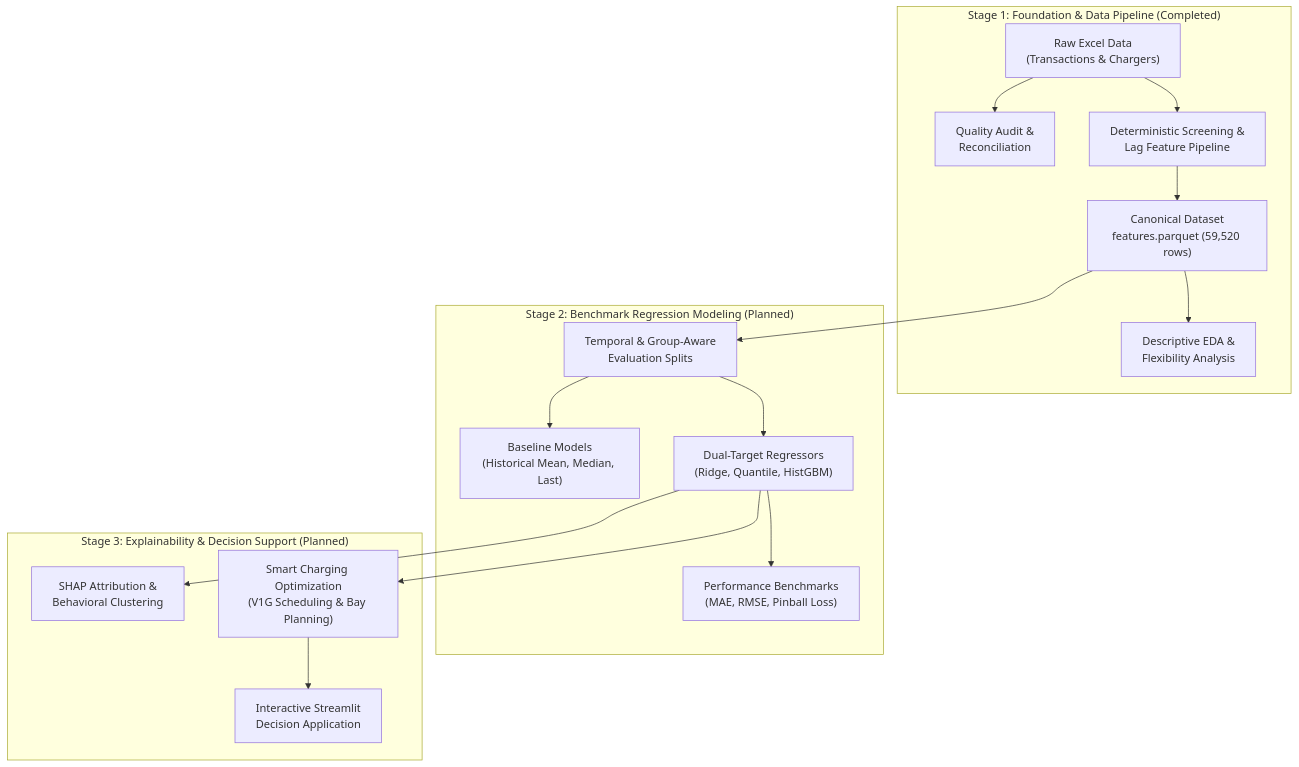
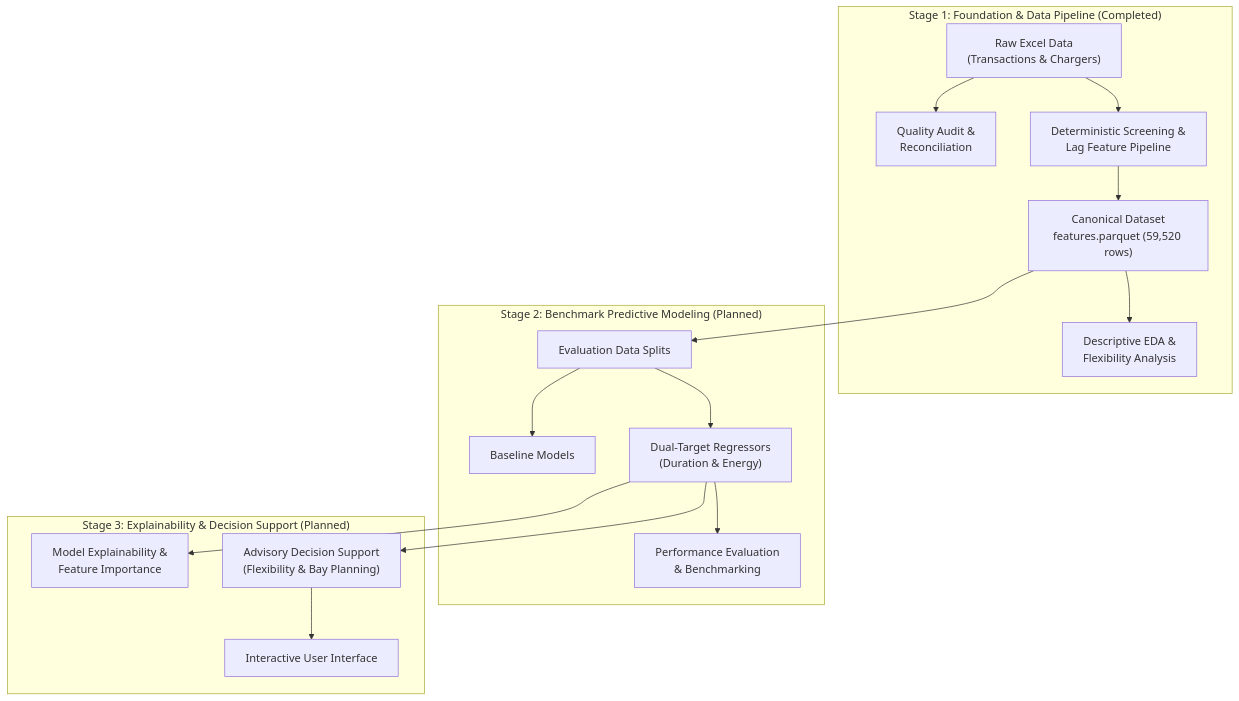
Before and after one commit to nayanojwal0810/Tarang: the diagram in docs/architecture/project_structure.md, drawn with Mermaid. The commit also changed other lines of this file and 35 other files, not shown here.

Commit message:
fix(core): align feature engineering screening and eda with established benchmark

````diff
--- a/docs/architecture/project_structure.md
+++ b/docs/architecture/project_structure.md
@@ -162,22 +163,22 @@
 ```mermaid
 flowchart TD
     subgraph Stage1["Stage 1: Foundation & Data Pipeline (Completed)"]
         RawData["Raw Excel Data\n(Transactions & Chargers)"] --> Audit["Quality Audit &\nReconciliation"]
         RawData --> Screening["Deterministic Screening &\nLag Feature Pipeline"]
         Screening --> CanonicalParquet["Canonical Dataset\nfeatures.parquet (59,520 rows)"]
         CanonicalParquet --> EDA["Descriptive EDA &\nFlexibility Analysis"]
     end
 
-    subgraph Stage2["Stage 2: Benchmark Regression Modeling (Planned)"]
-        CanonicalParquet --> Split["Temporal & Group-Aware\nEvaluation Splits"]
-        Split --> Baselines["Baseline Models\n(Historical Mean, Median, Last)"]
-        Split --> Regressors["Dual-Target Regressors\n(Ridge, Quantile, HistGBM)"]
-        Regressors --> Eval["Performance Benchmarks\n(MAE, RMSE, Pinball Loss)"]
+    subgraph Stage2["Stage 2: Benchmark Predictive Modeling (Planned)"]
+        CanonicalParquet --> Split["Evaluation Data Splits"]
+        Split --> Baselines["Baseline Models"]
+        Split --> Regressors["Dual-Target Regressors\n(Duration & Energy)"]
+        Regressors --> Eval["Performance Evaluation\n& Benchmarking"]
     end
 
     subgraph Stage3["Stage 3: Explainability & Decision Support (Planned)"]
-        Regressors --> SHAP["SHAP Attribution &\nBehavioral Clustering"]
-        Regressors --> SmartCharge["Smart Charging Optimization\n(V1G Scheduling & Bay Planning)"]
-        SmartCharge --> StreamlitUI["Interactive Streamlit\nDecision Application"]
+        Regressors --> Explainability["Model Explainability &\nFeature Importance"]
+        Regressors --> DecisionSupport["Advisory Decision Support\n(Flexibility & Bay Planning)"]
+        DecisionSupport --> UserInterface["Interactive User Interface"]
     end
 ```
````
